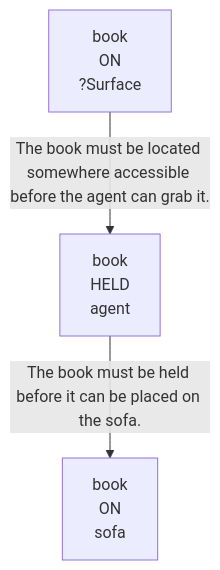
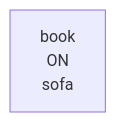
One commit to scuama/virtualhome changed the second of 13 diagrams in evaluation/results/table2/robostate/non_stationarity/low/E_DYN_G01_S3_low/run_E_DYN_G01_S3_low.md. Above: the diagram before and after it, drawn with Mermaid. The commit also changed other lines of this file and 108 other files, not shown here.

````diff
--- a/evaluation/results/table2/robostate/non_stationarity/low/E_DYN_G01_S3_low/run_E_DYN_G01_S3_low.md
+++ b/evaluation/results/table2/robostate/non_stationarity/low/E_DYN_G01_S3_low/run_E_DYN_G01_S3_low.md
@@ -110,8 +106,4 @@
 ```mermaid
 graph TD
     N1["book<br>ON<br>sofa"]
-    N2["book<br>HELD<br>agent"]
-    N3["book<br>ON<br>?Surface"]
-    N2 -->|"The book must be held before it can be placed on the sofa."| N1
-    N3 -->|"The book must be located somewhere accessible before the agent can grab it."| N2
 ```
````
